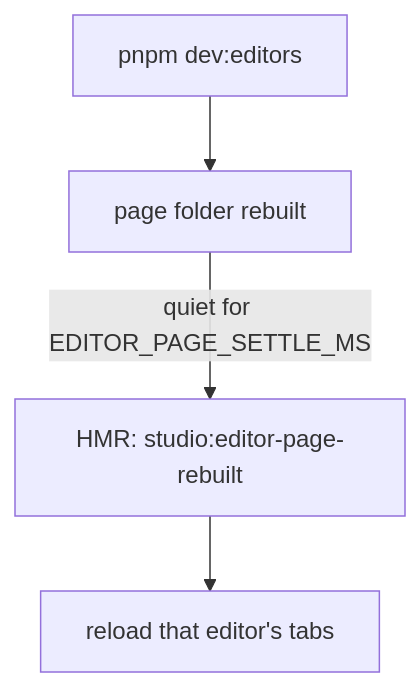
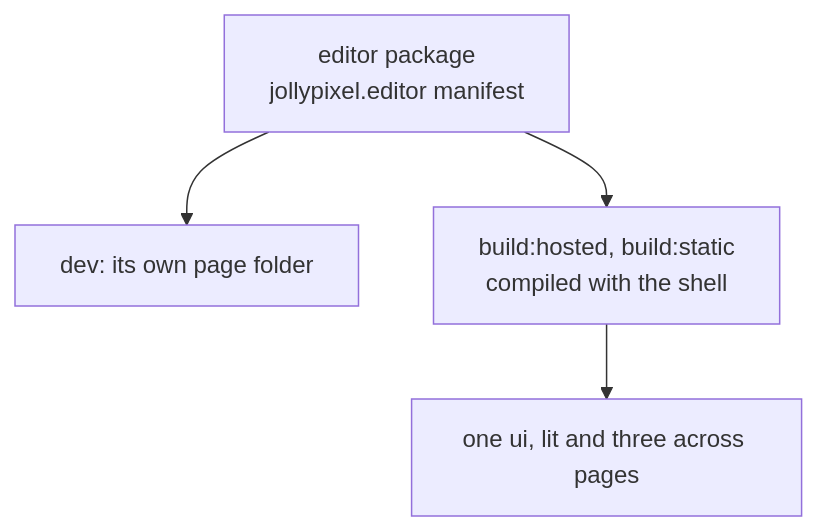
One commit to JollyPixel/editor changed the sixth of 6 diagrams in packages/studio/ARCHITECTURE.md. Above: the diagram before and after it, drawn with Mermaid. The commit also changed other lines of this file, not shown here.

Commit message:
chore(studio): revamp ARCHITECTURE.md

````diff
--- a/packages/studio/ARCHITECTURE.md
+++ b/packages/studio/ARCHITECTURE.md
@@ -426,10 +80,6 @@
 ```mermaid
 flowchart TB
-  Watch["pnpm dev:editors"]
-  Folder["page folder rebuilt"]
-  Event["HMR: studio:editor-page-rebuilt"]
-  Reload["reload that editor's tabs"]
-  Watch --> Folder
-  Folder -->|"quiet for EDITOR_PAGE_SETTLE_MS"| Event
-  Event --> Reload
+    Package["editor package<br/>jollypixel.editor manifest"] --> Dev["dev: its own page folder"]
+    Package --> Build["build:hosted, build:static<br/>compiled with the shell"]
+    Build --> Chunks["one ui, lit and three across pages"]
 ```
````
